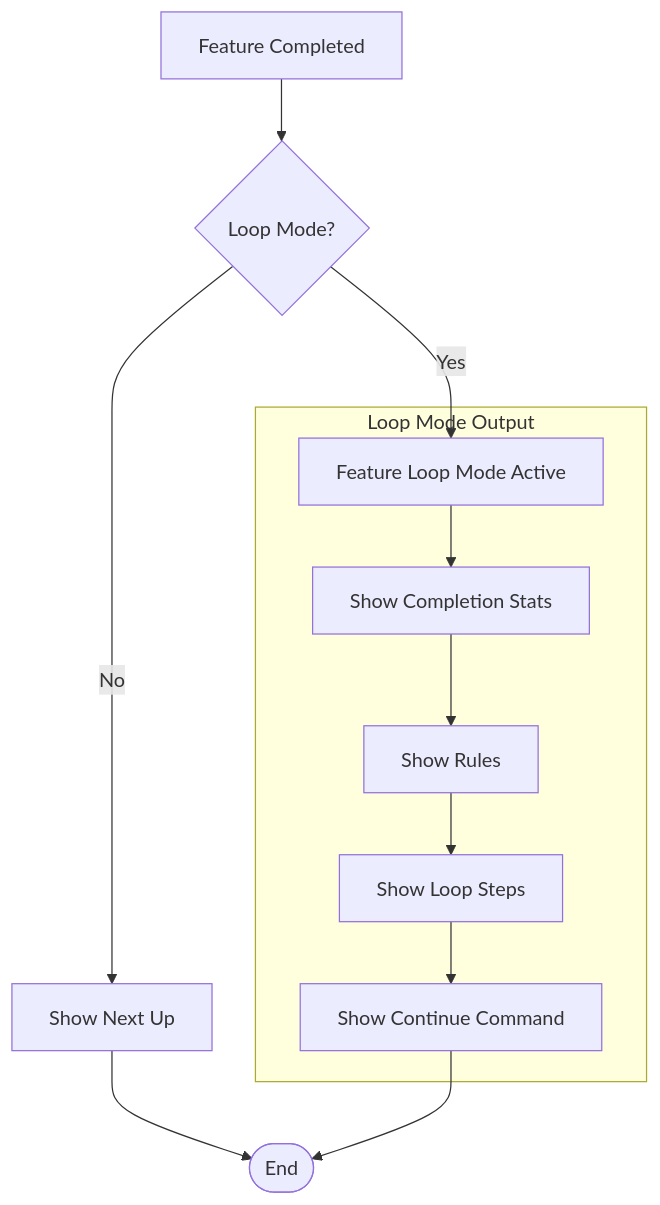
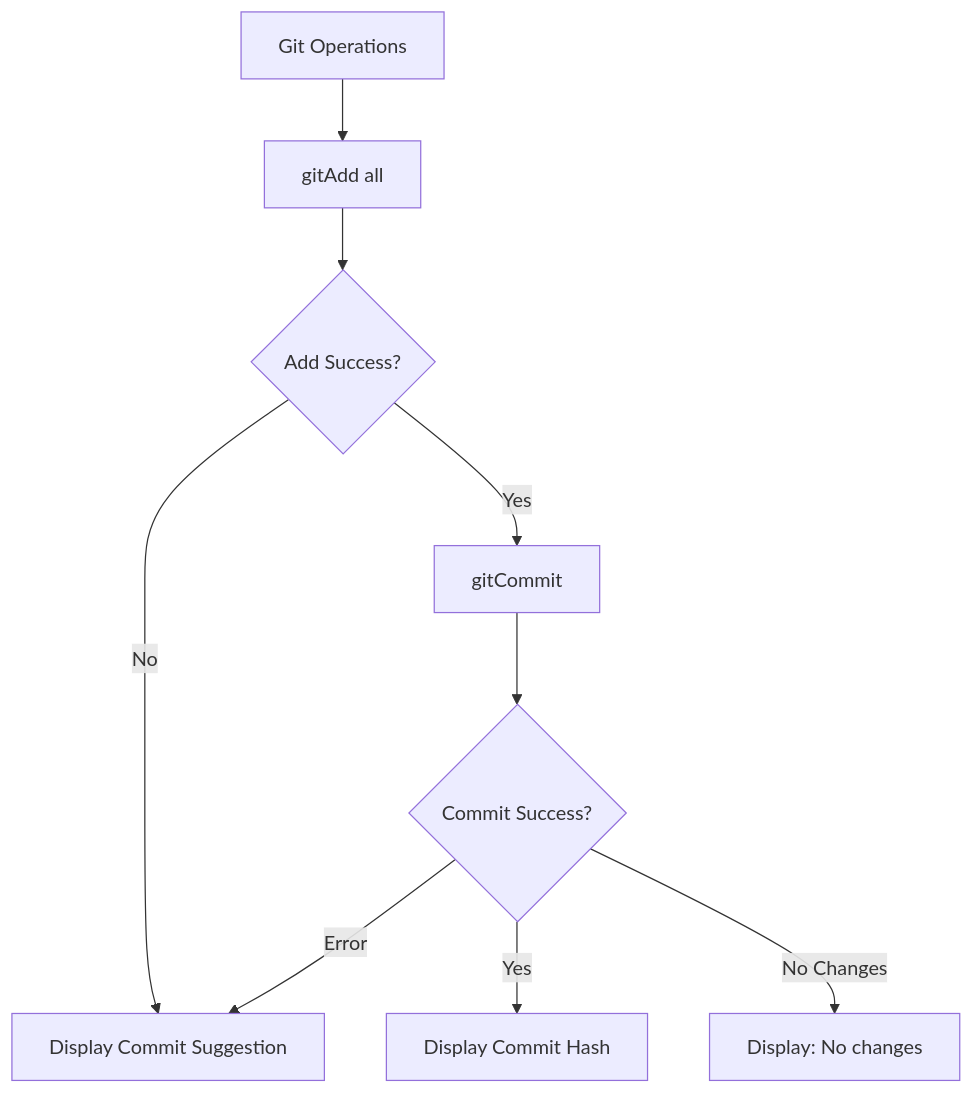
One commit to jerejones/agent-foreman changed the fourth of 5 diagrams in docs/commands/done.md. Above: the diagram before and after it, drawn with Mermaid. The commit also changed other lines of this file and 379 other files, not shown here.

````diff
--- a/docs/commands/done.md
+++ b/docs/commands/done.md
@@ -198,17 +260,11 @@
 ```mermaid
 flowchart TD
-    FeatureDone[Feature Completed] --> CheckLoop{Loop Mode?}
-
-    CheckLoop -->|No| SimpleOutput[Show Next Up]
-    CheckLoop -->|Yes| LoopBanner
-
-    subgraph LoopOutput["Loop Mode Output"]
-        LoopBanner[Feature Loop Mode Active] --> ShowStats[Show Completion Stats]
-        ShowStats --> ShowRules[Show Rules]
-        ShowRules --> ShowSteps[Show Loop Steps]
-        ShowSteps --> ShowCommand[Show Continue Command]
-    end
-
-    SimpleOutput --> End([End])
-    ShowCommand --> End
+    A[Git Operations] --> B[gitAdd all]
+    B --> C{Add Success?}
+    C -->|No| D[Display Commit Suggestion]
+    C -->|Yes| E[gitCommit]
+    E --> F{Commit Success?}
+    F -->|Yes| G[Display Commit Hash]
+    F -->|No Changes| H[Display: No changes]
+    F -->|Error| D
 ```
````
